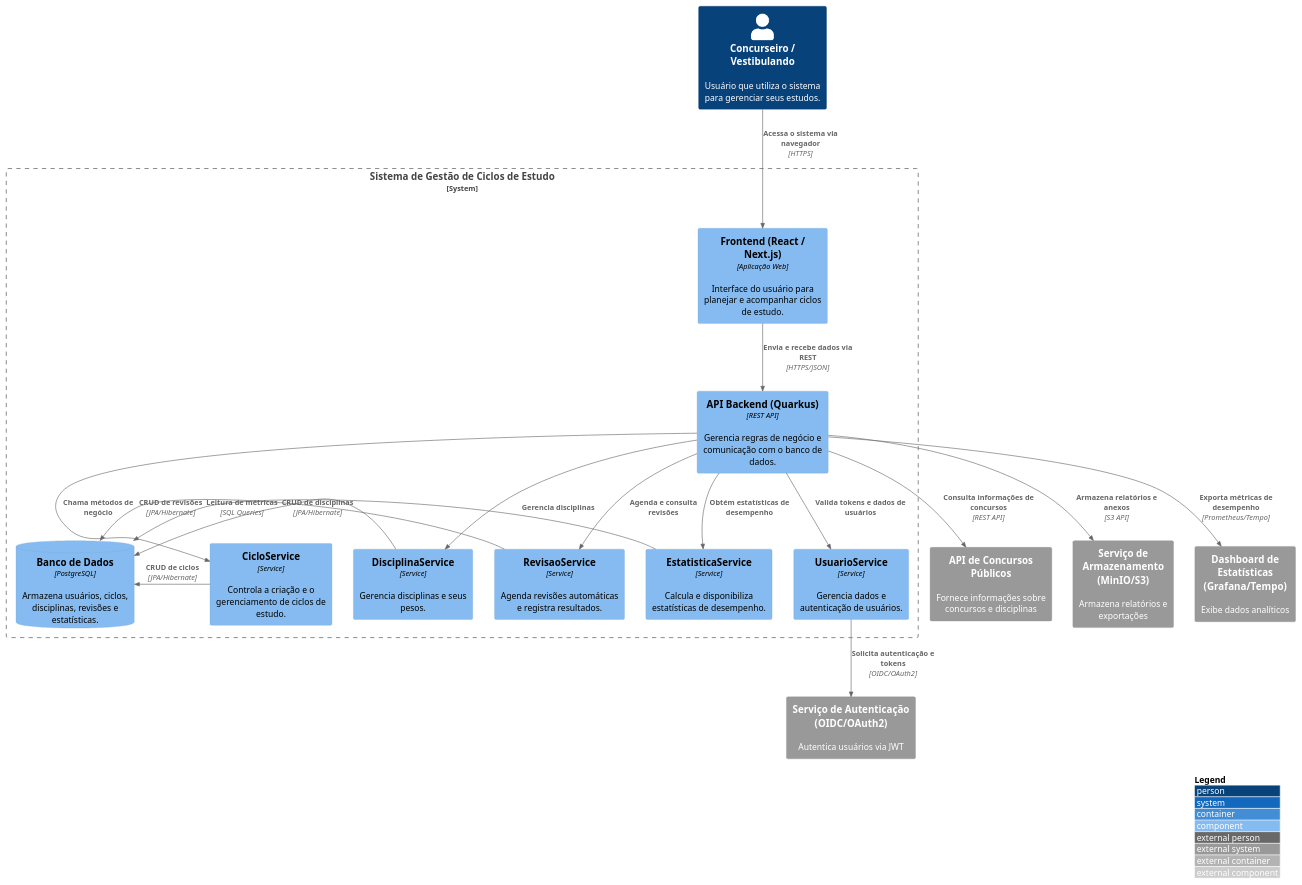
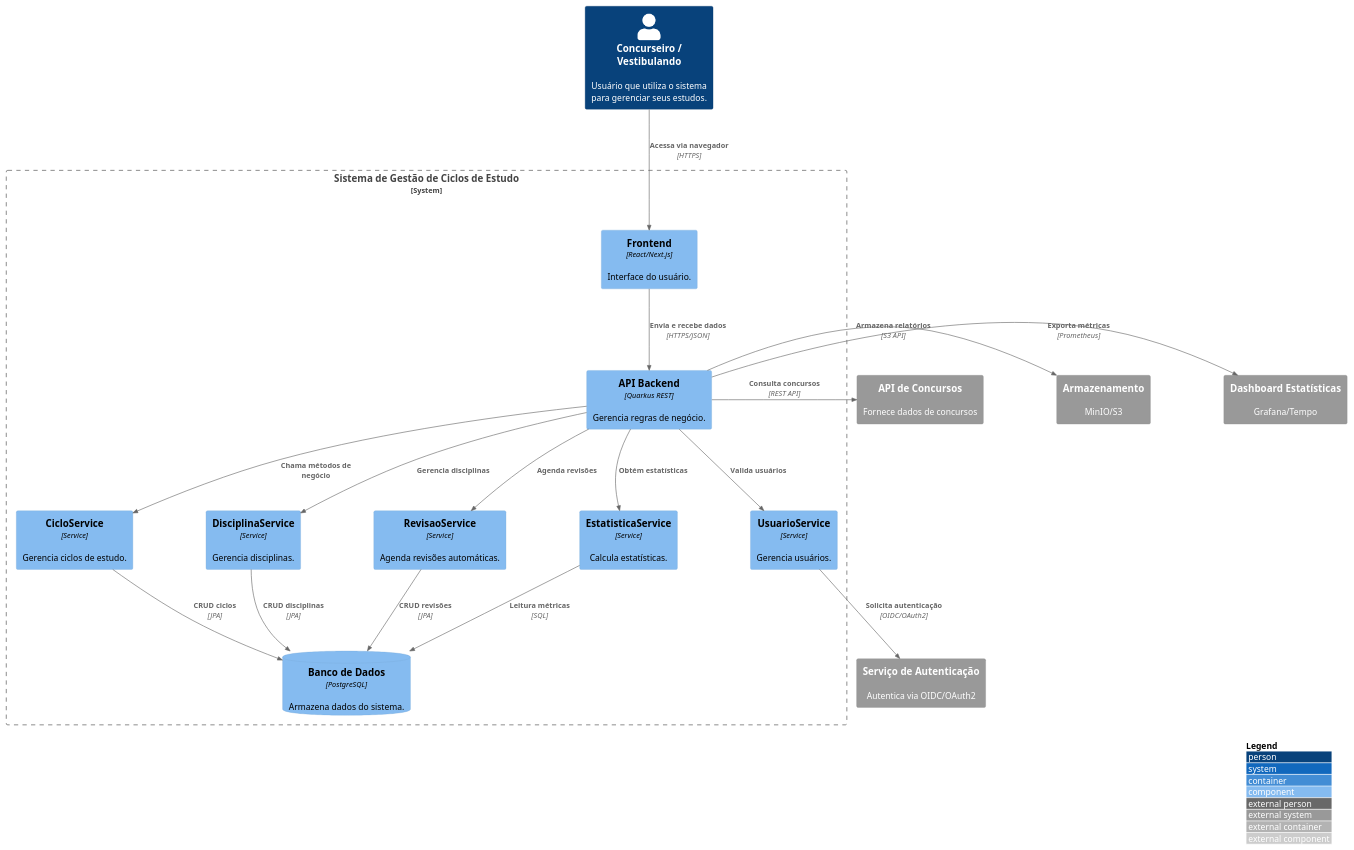
The diagram in atividade_3/diagrama_componentes.puml (MarcosVSO/projeto_design_de_software), drawn with PlantUML before and after one commit. The commit also changed 1 other file, not shown here.

Commit message:
refactor: improve layout and spacing in component diagram for better readability

```diff
--- a/atividade_3/diagrama_componentes.puml
+++ b/atividade_3/diagrama_componentes.puml
@@ -1,43 +1,68 @@
 @startuml
 !include https://raw.githubusercontent.com/plantuml-stdlib/C4-PlantUML/master/C4_Component.puml
 
+' Configurações para melhorar legibilidade
+LAYOUT_TOP_DOWN()
 LAYOUT_WITH_LEGEND()
 
+' Aumentar espaçamento entre elementos
+skinparam ranksep 100
+skinparam nodesep 120
+
 Person(user, "Concurseiro / Vestibulando", "Usuário que utiliza o sistema para gerenciar seus estudos.")
+
 System_Boundary(s1, "Sistema de Gestão de Ciclos de Estudo") {
 
-  Component(frontend, "Frontend (React / Next.js)", "Aplicação Web", "Interface do usuário para planejar e acompanhar ciclos de estudo.")
-  Component(api, "API Backend (Quarkus)", "REST API", "Gerencia regras de negócio e comunicação com o banco de dados.")
+  Component(frontend, "Frontend", "React/Next.js", "Interface do usuário.")
+  
+  Component(api, "API Backend", "Quarkus REST", "Gerencia regras de negócio.")
 
-  Component(cicloService, "CicloService", "Service", "Controla a criação e o gerenciamento de ciclos de estudo.")
-  Component(disciplinaService, "DisciplinaService", "Service", "Gerencia disciplinas e seus pesos.")
-  Component(revisaoService, "RevisaoService", "Service", "Agenda revisões automáticas e registra resultados.")
-  Component(estatisticaService, "EstatisticaService", "Service", "Calcula e disponibiliza estatísticas de desempenho.")
-  Component(usuarioService, "UsuarioService", "Service", "Gerencia dados e autenticação de usuários.")
+  ' Services organizados verticalmente
+  Component(cicloService, "CicloService", "Service", "Gerencia ciclos de estudo.")
+  
+  Component(disciplinaService, "DisciplinaService", "Service", "Gerencia disciplinas.")
+  
+  Component(revisaoService, "RevisaoService", "Service", "Agenda revisões automáticas.")
+  
+  Component(usuarioService, "UsuarioService", "Service", "Gerencia usuários.")
+  
+  Component(estatisticaService, "EstatisticaService", "Service", "Calcula estatísticas.")
 
-  ComponentDb(db, "Banco de Dados", "PostgreSQL", "Armazena usuários, ciclos, disciplinas, revisões e estatísticas.")
+  ComponentDb(db, "Banco de Dados", "PostgreSQL", "Armazena dados do sistema.")
 
-  Rel(frontend, api, "Envia e recebe dados via REST", "HTTPS/JSON")
-  Rel(api, cicloService, "Chama métodos de negócio")
-  Rel(api, disciplinaService, "Gerencia disciplinas")
-  Rel(api, revisaoService, "Agenda e consulta revisões")
-  Rel(api, estatisticaService, "Obtém estatísticas de desempenho")
-  Rel(api, usuarioService, "Valida tokens e dados de usuários")
-  Rel_L(cicloService, db, "CRUD de ciclos", "JPA/Hibernate")
-  Rel_L(disciplinaService, db, "CRUD de disciplinas", "JPA/Hibernate")
-  Rel_L(revisaoService, db, "CRUD de revisões", "JPA/Hibernate")
-  Rel_L(estatisticaService, db, "Leitura de métricas", "SQL Queries")
+  ' Relacionamentos internos
+  Rel_Down(frontend, api, "Envia e recebe dados", "HTTPS/JSON")
+  
+  Rel_Down(api, cicloService, "Chama métodos de negócio")
+  Rel_Down(api, disciplinaService, "Gerencia disciplinas")
+  Rel_Down(api, revisaoService, "Agenda revisões")
+  Rel_Down(api, estatisticaService, "Obtém estatísticas")
+  Rel_Down(api, usuarioService, "Valida usuários")
+  
+  Rel(cicloService, db, "CRUD ciclos", "JPA")
+  Rel(disciplinaService, db, "CRUD disciplinas", "JPA")
+  Rel(revisaoService, db, "CRUD revisões", "JPA")
+  Rel(estatisticaService, db, "Leitura métricas", "SQL")
 }
 
-System_Ext(auth, "Serviço de Autenticação (OIDC/OAuth2)", "Autentica usuários via JWT")
-System_Ext(apiConcursos, "API de Concursos Públicos", "Fornece informações sobre concursos e disciplinas")
-System_Ext(storage, "Serviço de Armazenamento (MinIO/S3)", "Armazena relatórios e exportações")
-System_Ext(grafana, "Dashboard de Estatísticas (Grafana/Tempo)", "Exibe dados analíticos")
+' Sistemas externos
+System_Ext(auth, "Serviço de Autenticação", "Autentica via OIDC/OAuth2")
 
-Rel(user, frontend, "Acessa o sistema via navegador", "HTTPS")
-Rel(usuarioService, auth, "Solicita autenticação e tokens", "OIDC/OAuth2")
-Rel(api, apiConcursos, "Consulta informações de concursos", "REST API")
-Rel(api, storage, "Armazena relatórios e anexos", "S3 API")
-Rel(api, grafana, "Exporta métricas de desempenho", "Prometheus/Tempo")
+System_Ext(apiConcursos, "API de Concursos", "Fornece dados de concursos")
+
+System_Ext(storage, "Armazenamento", "MinIO/S3")
+
+System_Ext(grafana, "Dashboard Estatísticas", "Grafana/Tempo")
+
+' Relacionamentos externos
+Rel_Down(user, frontend, "Acessa via navegador", "HTTPS")
+
+Rel_Down(usuarioService, auth, "Solicita autenticação", "OIDC/OAuth2")
+
+Rel_Right(api, apiConcursos, "Consulta concursos", "REST API")
+
+Rel_Right(api, storage, "Armazena relatórios", "S3 API")
+
+Rel_Right(api, grafana, "Exporta métricas", "Prometheus")
 
 @enduml
```
